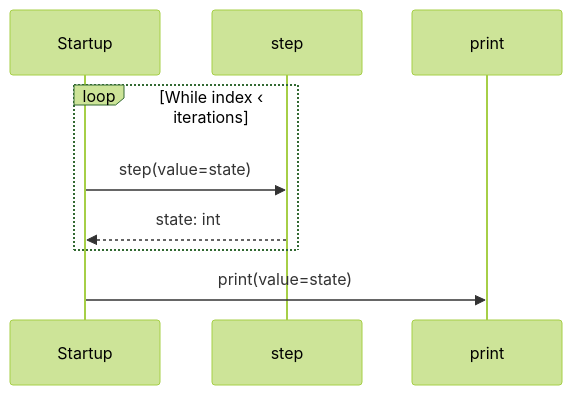
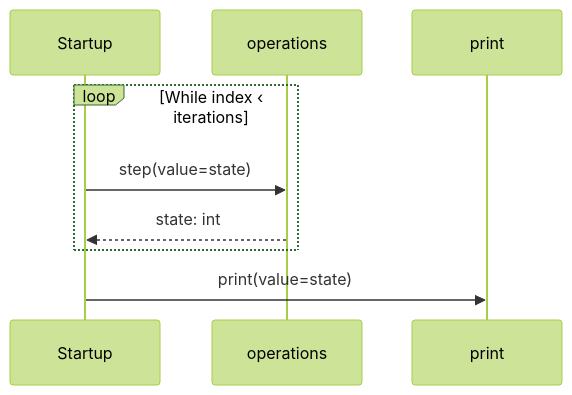
One commit to GreenPandaStudios/augscript changed the second of 2 diagrams in benchmarks/calls/main.aug.diagrams.md. Above: the diagram before and after it, drawn with Mermaid (forest theme). The commit also changed 200 other files, not shown here.

Commit message:
Group imported operations and wrap readable sequence messages

````diff
--- a/benchmarks/calls/main.aug.diagrams.md
+++ b/benchmarks/calls/main.aug.diagrams.md
@@ -30,11 +30,11 @@
 ```mermaid
 sequenceDiagram
     participant p0 as Startup
-    participant p1 as step
+    participant p1 as operations
     participant p2 as print
     loop While index ‹ iterations
     p0->>p1: step(value=state)
     p1-->>p0: state: int
     end
     p0->>p2: print(value=state)
 ```
````
